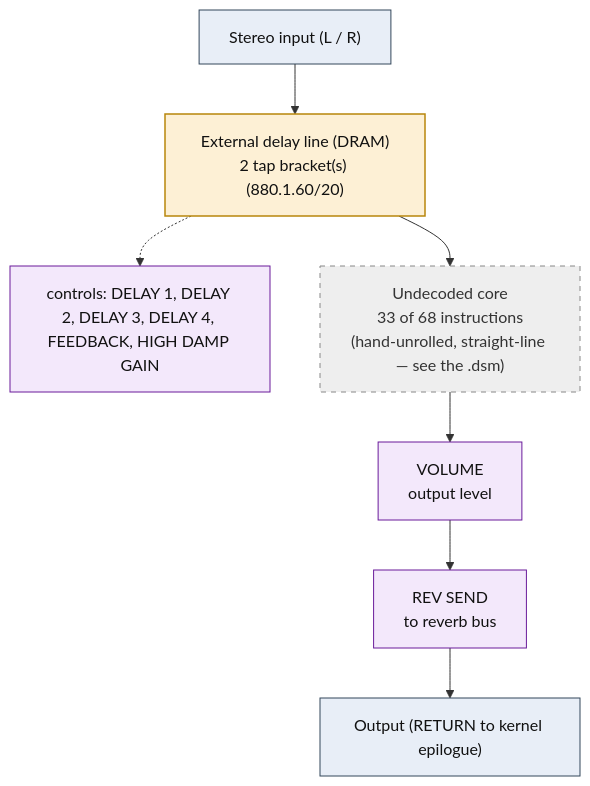
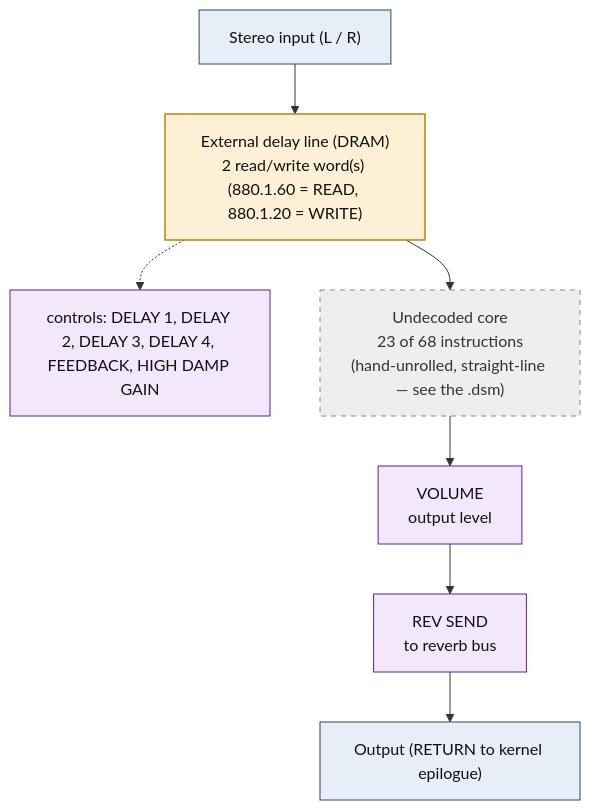
One commit to ArqueologiaDigital/KN5000-docs changed the diagram in flowcharts/prog10_multi_tap_delay.md. Above: the diagram before and after it, drawn with Mermaid. The commit also changed other lines of this file and 38 other files, not shown here.

First line of the commit message:
flowcharts: withdraw the envelope-detector reading, decode the DRAM accesses

````diff
--- a/flowcharts/prog10_multi_tap_delay.md
+++ b/flowcharts/prog10_multi_tap_delay.md
@@ -19,27 +19,27 @@
 ```mermaid
 flowchart TD
     N0["Stereo input (L / R)"]
-    N1["External delay line (DRAM)<br/>2 tap bracket(s) (880.1.60/20)"]
+    N1["External delay line (DRAM)<br/>2 read/write word(s) (880.1.60 = READ, 880.1.20 = WRITE)"]
     N0 --> N1
     N2["controls: DELAY 1, DELAY 2, DELAY 3, DELAY 4, FEEDBACK, HIGH DAMP GAIN"]
     N1 -.-> N2
-    N3["Undecoded core<br/>33 of 68 instructions<br/>(hand-unrolled, straight-line &mdash; see the .dsm)"]
+    N3["Undecoded core<br/>23 of 68 instructions<br/>(hand-unrolled, straight-line &mdash; see the .dsm)"]
     N1 --> N3
     N4["VOLUME<br/>output level"]
     N3 --> N4
     N5["REV SEND<br/>to reverb bus"]
     N4 --> N5
     N6["Output (RETURN to kernel epilogue)"]
     N5 --> N6
 
     classDef io fill:#e8eef7,stroke:#33475b,stroke-width:1px,color:#111;
     classDef proven fill:#d7f0d7,stroke:#2e7d32,stroke-width:2px,color:#111;
     classDef measured fill:#dbe9fb,stroke:#1565c0,stroke-width:1.5px,color:#111;
     classDef inferred fill:#fdf0d5,stroke:#b8860b,stroke-width:1.5px,color:#111;
     classDef open fill:#eeeeee,stroke:#888,stroke-width:1px,color:#333,stroke-dasharray:5 5;
     classDef ctrl fill:#f3e8fb,stroke:#6a1b9a,stroke-width:1px,color:#111;
     class N0,N6 io;
     class N1 inferred;
     class N2,N4,N5 ctrl;
     class N3 open;
 ```
````
